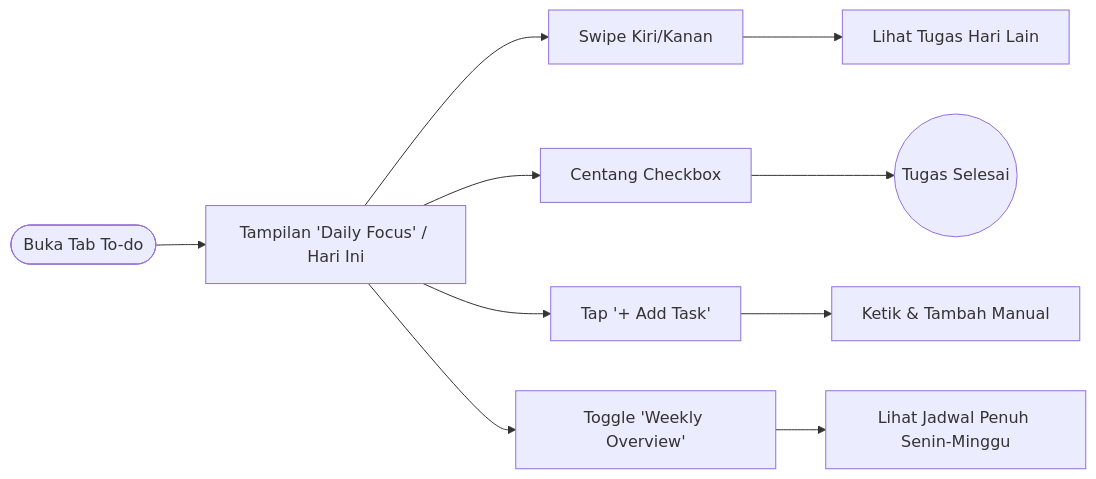
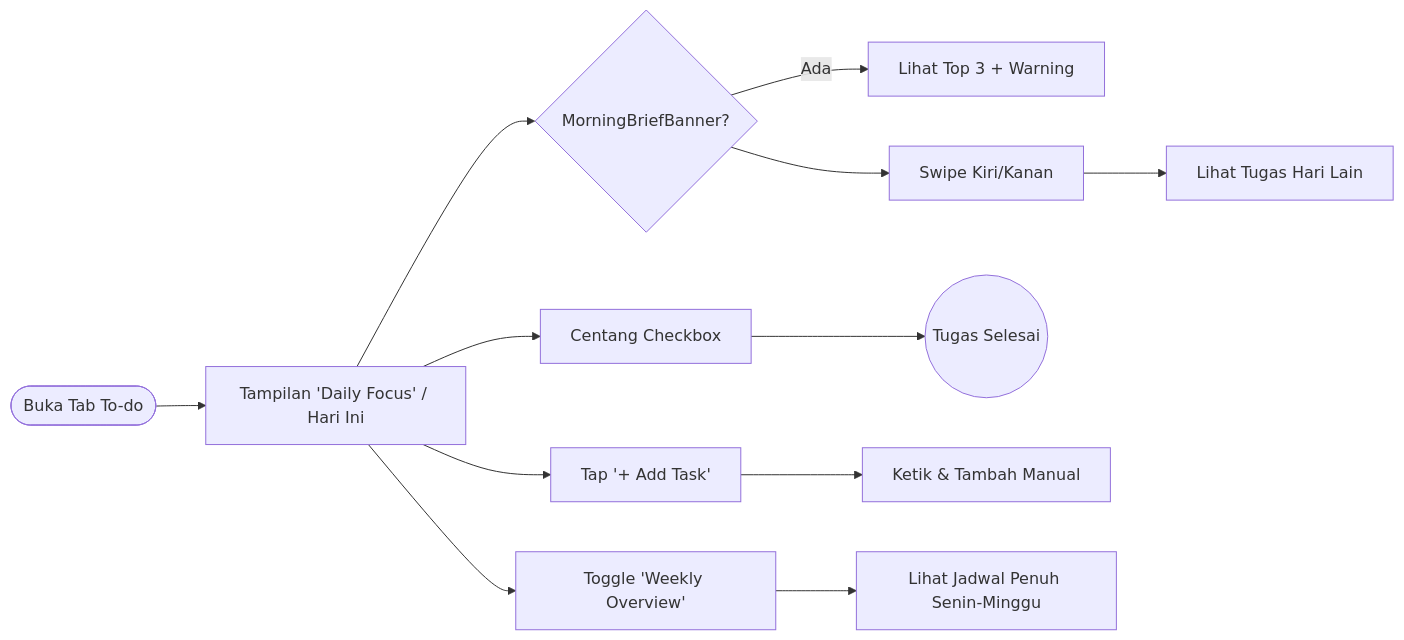
Before and after one commit to alurprojects/alurproject: the fourth of 9 diagrams in .agents/skills/read-docs/docs/mindmap.md, drawn with Mermaid. The commit also changed other lines of this file and 14 other files, not shown here.

````diff
--- a/.agents/skills/read-docs/docs/mindmap.md
+++ b/.agents/skills/read-docs/docs/mindmap.md
@@ -94,15 +153,14 @@
 ```mermaid
 flowchart LR
     Start([Buka Tab To-do]) --> View[Tampilan 'Daily Focus' / Hari Ini]
-    View --> Swipe[Swipe Kiri/Kanan]
+    View --> Brief{ MorningBriefBanner? }
+    Brief -->|Ada| BriefAct[Lihat Top 3 + Warning]
+    Brief --> Swipe[Swipe Kiri/Kanan]
     Swipe --> ViewOther[Lihat Tugas Hari Lain]
-    
     View --> Check[Centang Checkbox]
     Check --> Done((Tugas Selesai))
-    
     View --> Add[Tap '+ Add Task']
     Add --> Manual[Ketik & Tambah Manual]
-    
     View --> Toggle[Toggle 'Weekly Overview']
     Toggle --> Expand[Lihat Jadwal Penuh Senin-Minggu]
 ```
````
